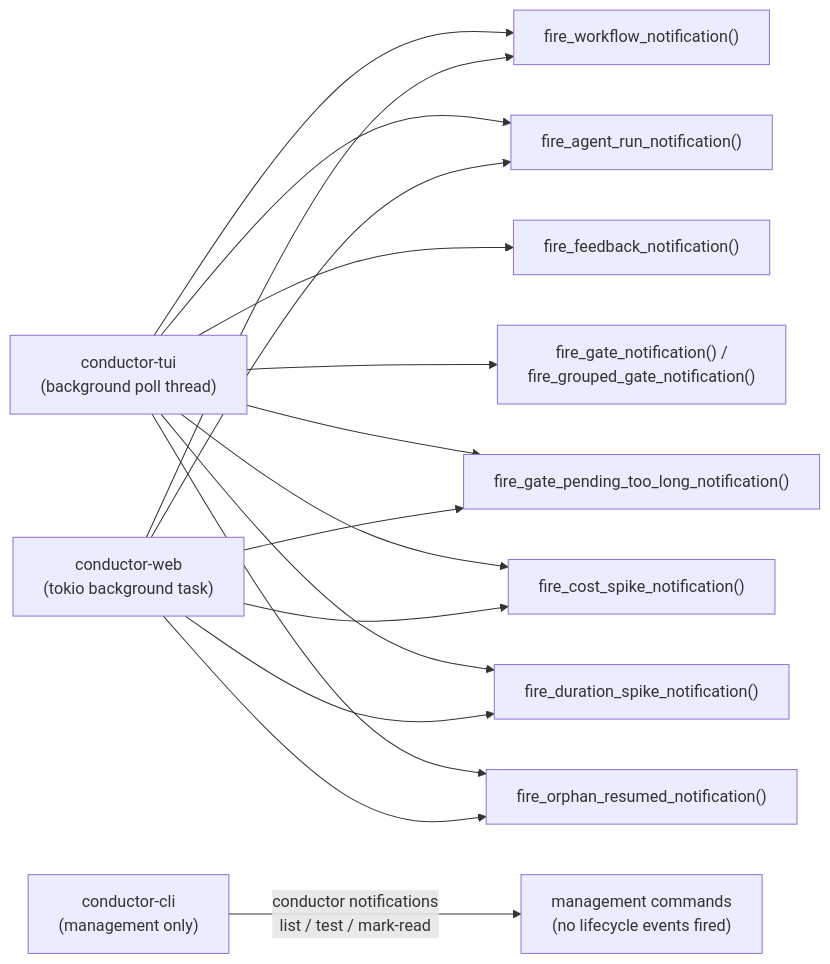
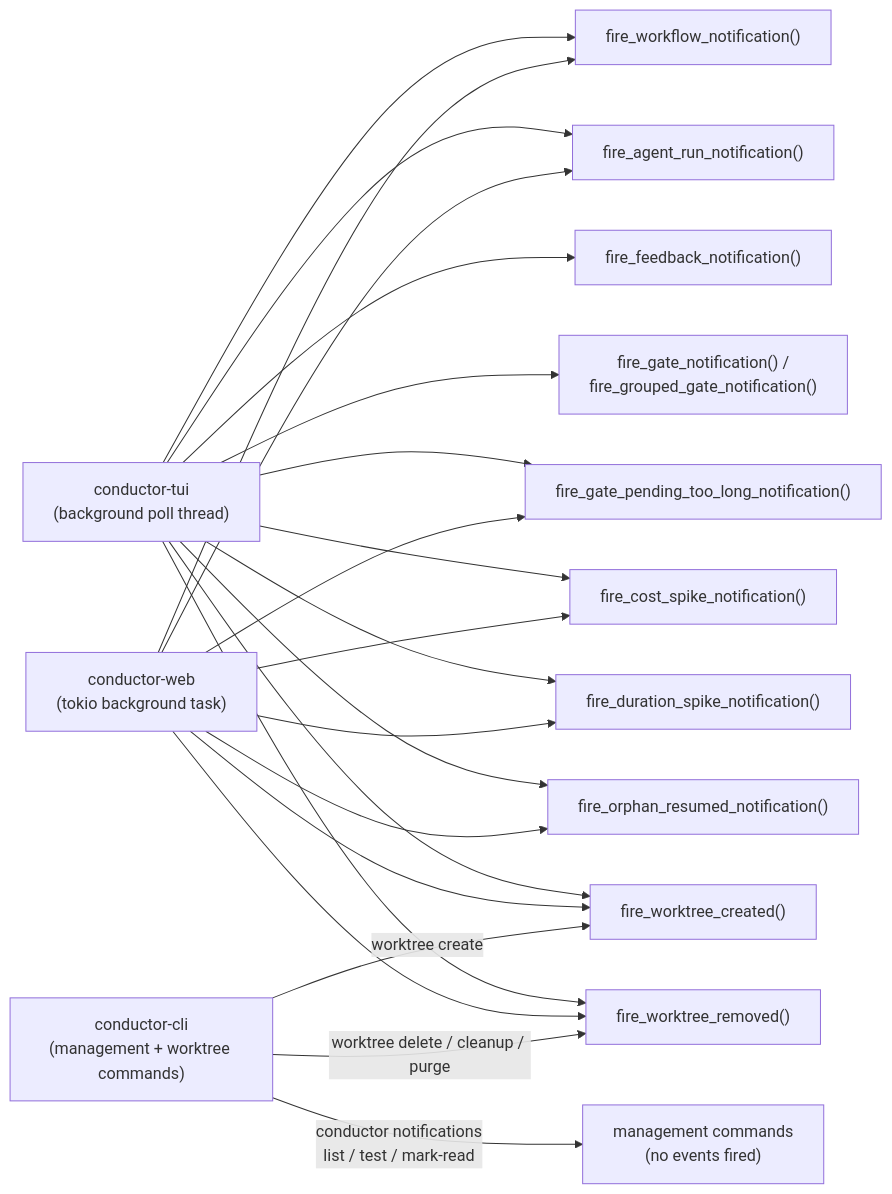
The second of 6 diagrams in docs/notification-hooks.md (devinrosen/conductor-ai), drawn with Mermaid before and after one commit. The commit also changed other lines of this file and 9 other files, not shown here.

First line of the commit message:
feat(hooks): fire worktree.created and worktree.removed notify hook events (#3426)

````diff
--- a/docs/notification-hooks.md
+++ b/docs/notification-hooks.md
@@ -53,33 +58,42 @@
 ```mermaid
 graph LR
     TUI["conductor-tui\n(background poll thread)"]
     WEB["conductor-web\n(tokio background task)"]
-    CLI["conductor-cli\n(management only)"]
+    CLI["conductor-cli\n(management + worktree commands)"]
 
     FWN["fire_workflow_notification()"]
     FAN["fire_agent_run_notification()"]
     FFN["fire_feedback_notification()"]
     FGN["fire_gate_notification() /\nfire_grouped_gate_notification()"]
     FGPN["fire_gate_pending_too_long_notification()"]
     FCN["fire_cost_spike_notification()"]
     FDN["fire_duration_spike_notification()"]
     FORN["fire_orphan_resumed_notification()"]
+    FWTC["fire_worktree_created()"]
+    FWTR["fire_worktree_removed()"]
 
     TUI --> FWN
     TUI --> FAN
     TUI --> FFN
     TUI --> FGN
     TUI --> FGPN
     TUI --> FCN
     TUI --> FDN
     TUI --> FORN
 
     WEB --> FWN
     WEB --> FAN
     WEB --> FGPN
     WEB --> FCN
     WEB --> FDN
     WEB --> FORN
 
-    CLI -->|"conductor notifications\nlist / test / mark-read"| MGMT["management commands\n(no lifecycle events fired)"]
+    TUI --> FWTC
+    TUI --> FWTR
+    WEB --> FWTC
+    WEB --> FWTR
+    CLI -->|"worktree create"| FWTC
+    CLI -->|"worktree delete / cleanup / purge"| FWTR
+
+    CLI -->|"conductor notifications\nlist / test / mark-read"| MGMT["management commands\n(no events fired)"]
 ```
````
